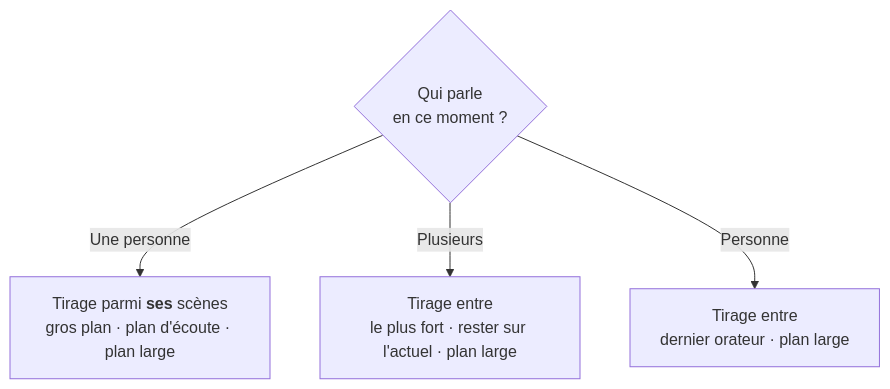
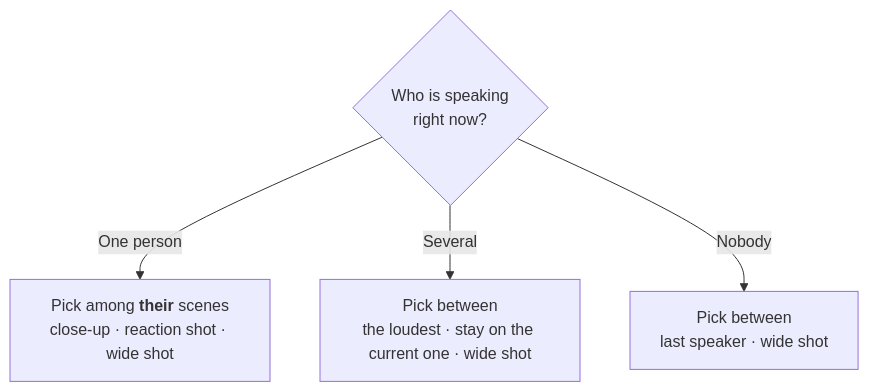
One commit to DavidClaudeAI/Flowspire changed the diagram in README.md. Above: the diagram before and after it, drawn with Mermaid. The commit also changed other lines of this file and 3 other files, not shown here.

````diff
--- a/README.md
+++ b/README.md
@@ -82,7 +82,7 @@
 ```mermaid
 flowchart TD
-    Q{"Qui parle<br/>en ce moment ?"}
-    Q -->|Une personne| P1["Tirage parmi <b>ses</b> scènes<br/>gros plan · plan d'écoute · plan large"]
-    Q -->|Plusieurs| P2["Tirage entre<br/>le plus fort · rester sur l'actuel · plan large"]
-    Q -->|Personne| P3["Tirage entre<br/>dernier orateur · plan large"]
+    Q{"Who is speaking<br/>right now?"}
+    Q -->|One person| P1["Pick among <b>their</b> scenes<br/>close-up · reaction shot · wide shot"]
+    Q -->|Several| P2["Pick between<br/>the loudest · stay on the current one · wide shot"]
+    Q -->|Nobody| P3["Pick between<br/>last speaker · wide shot"]
 ```
````
